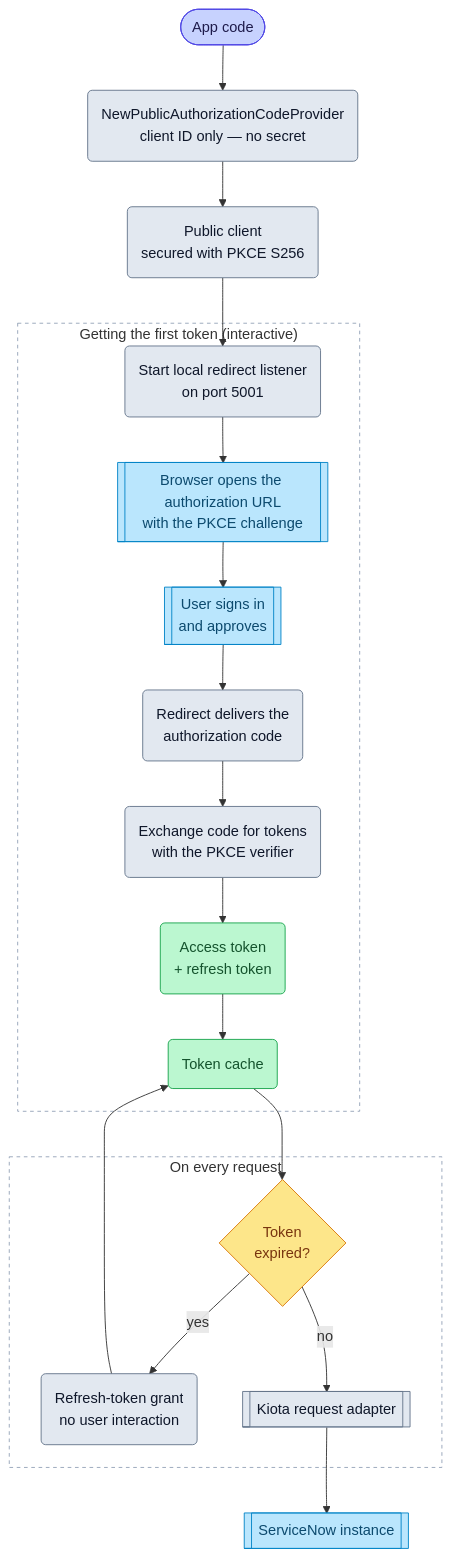
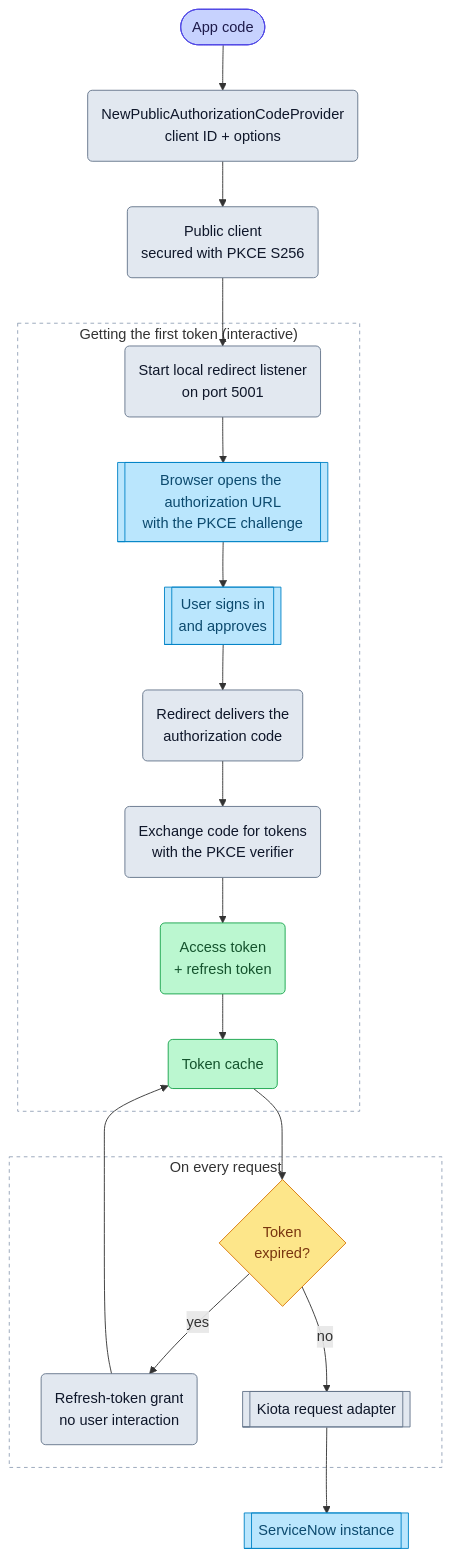
Before and after one commit to michaeldcanady/servicenow-sdk-go: the diagram in website/docs/user-guide/authentication/auth-code-public.mdx, drawn with Mermaid. The commit also changed other lines of this file and 9 other files, not shown here.

````diff
--- a/website/docs/user-guide/authentication/auth-code-public.mdx
+++ b/website/docs/user-guide/authentication/auth-code-public.mdx
@@ -30,32 +28,32 @@
 ```mermaid
 flowchart TD
-    A([App code]):::app --> B(NewPublicAuthorizationCodeProvider<br/>client ID only — no secret):::sdk
+    A([App code]):::app --> B(NewPublicAuthorizationCodeProvider<br/>client ID + options):::sdk
     B --> C(Public client<br/>secured with PKCE S256):::sdk
 
     subgraph acquire ["Getting the first token (interactive)"]
         H(Start local redirect listener<br/>on port 5001):::sdk --> J[[Browser opens the authorization URL<br/>with the PKCE challenge]]:::external
         J --> K[[User signs in<br/>and approves]]:::external
         K --> L(Redirect delivers the<br/>authorization code):::sdk
         L --> M(Exchange code for tokens<br/>with the PKCE verifier):::sdk
         M --> N(Access token<br/>+ refresh token):::token
         N --> O(Token cache):::token
     end
     C --> H
 
     subgraph request ["On every request"]
         P{Token<br/>expired?}:::decision
         P -- yes --> Q(Refresh-token grant<br/>no user interaction):::sdk
         P -- no --> R[[Kiota request adapter]]:::sdk
     end
     O --> P
     Q --> O
     R --> S[[ServiceNow instance]]:::external
 
     classDef app fill:#c7d2fe,stroke:#4f46e5,color:#1e1b4b
     classDef sdk fill:#e2e8f0,stroke:#64748b,color:#0f172a
     classDef decision fill:#fde68a,stroke:#d97706,color:#78350f
     classDef token fill:#bbf7d0,stroke:#16a34a,color:#14532d
     classDef external fill:#bae6fd,stroke:#0284c7,color:#0c4a6e
     style acquire fill:transparent,stroke:#94a3b8,stroke-dasharray:4 4
     style request fill:transparent,stroke:#94a3b8,stroke-dasharray:4 4
 ```
````
